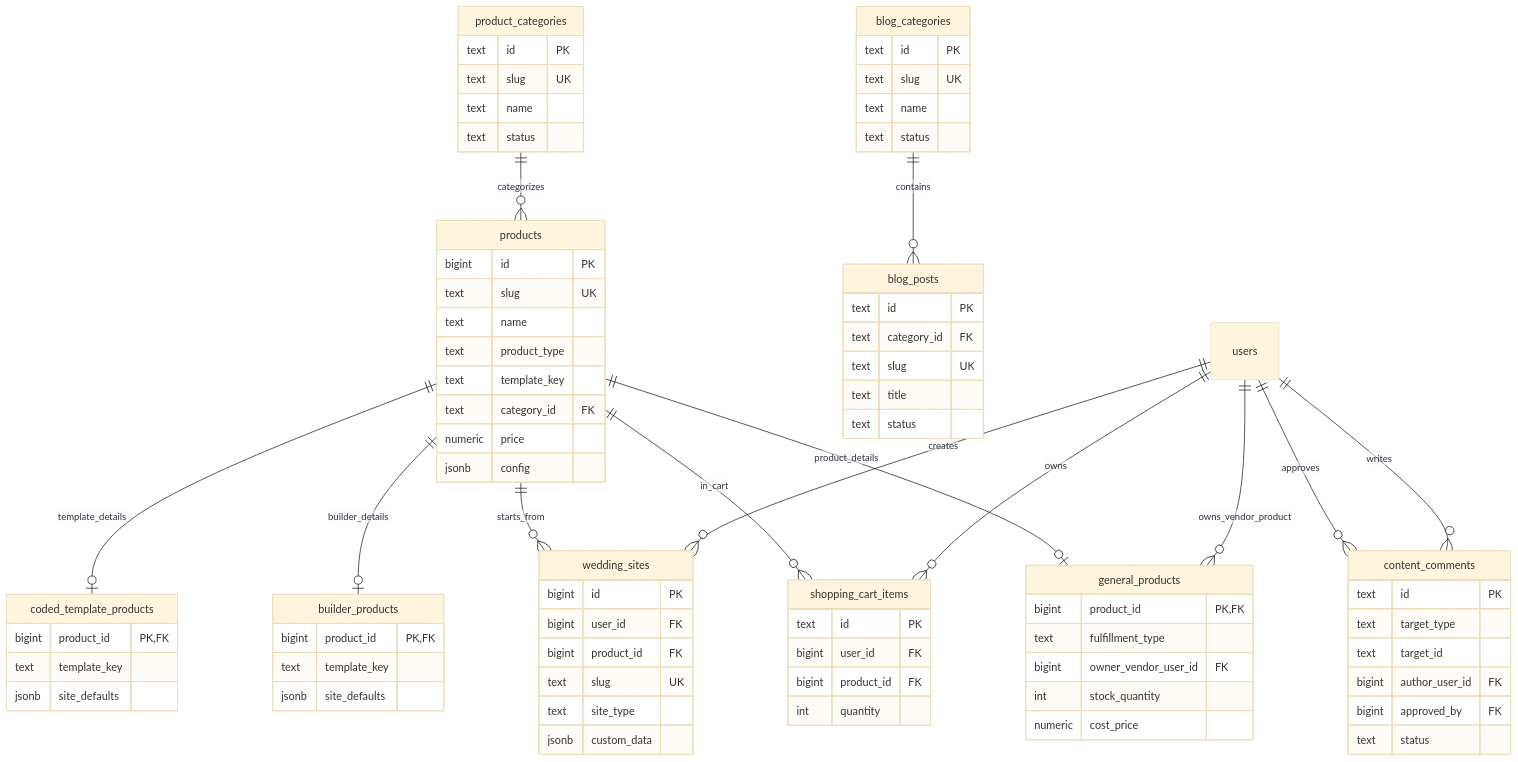
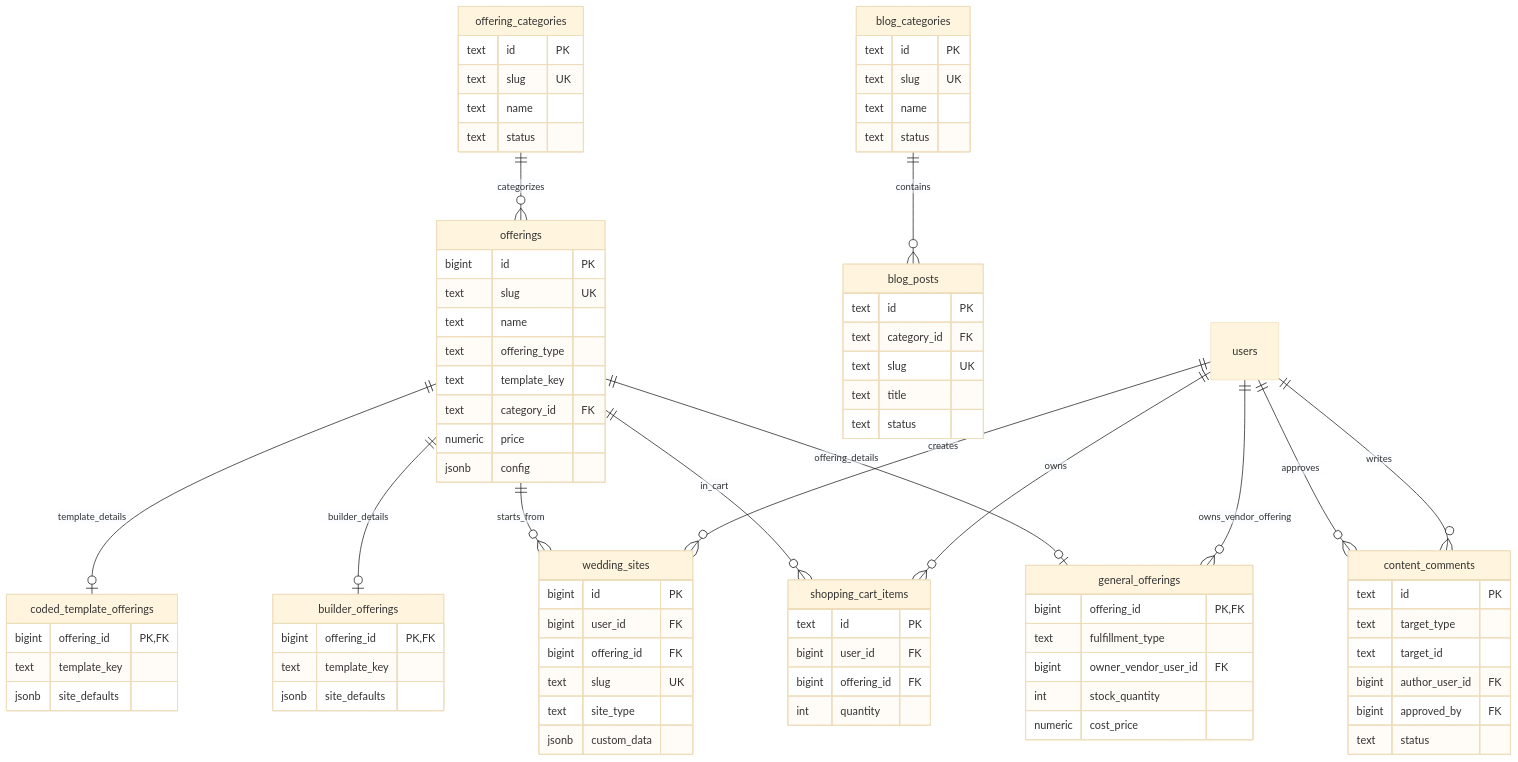
The sixth of 8 diagrams in docs/schema.md (hoangpham2263/pinklove), drawn with Mermaid (base theme) before and after one commit. The commit also changed other lines of this file and 221 other files, not shown here.

First line of the commit message:
Refactor product terminology to offerings and update related documentation

````diff
--- a/docs/schema.md
+++ b/docs/schema.md
@@ -171,37 +456,37 @@
 ```mermaid
 erDiagram
-  product_categories {
+  offering_categories {
     text id PK
     text slug UK
     text name
     text status
   }
 
-  products {
+  offerings {
     bigint id PK
     text slug UK
     text name
-    text product_type
+    text offering_type
     text template_key
     text category_id FK
     numeric price
     jsonb config
   }
 
-  coded_template_products {
-    bigint product_id PK, FK
+  coded_template_offerings {
+    bigint offering_id PK, FK
     text template_key
     jsonb site_defaults
   }
 
-  builder_products {
-    bigint product_id PK, FK
+  builder_offerings {
+    bigint offering_id PK, FK
     text template_key
     jsonb site_defaults
   }
 
-  general_products {
-    bigint product_id PK, FK
+  general_offerings {
+    bigint offering_id PK, FK
     text fulfillment_type
     bigint owner_vendor_user_id FK
     int stock_quantity
@@ -211,7 +496,7 @@
   wedding_sites {
     bigint id PK
     bigint user_id FK
-    bigint product_id FK
+    bigint offering_id FK
     text slug UK
     text site_type
     jsonb custom_data
@@ -220,7 +505,7 @@
   shopping_cart_items {
     text id PK
     bigint user_id FK
-    bigint product_id FK
+    bigint offering_id FK
     int quantity
   }
 
@@ -252,14 +537,14 @@
   users ||--o{ shopping_cart_items : owns
   users ||--o{ content_comments : writes
   users ||--o{ content_comments : approves
-  users ||--o{ general_products : owns_vendor_product
+  users ||--o{ general_offerings : owns_vendor_offering
 
-  product_categories ||--o{ products : categorizes
-  products ||--o| coded_template_products : template_details
-  products ||--o| builder_products : builder_details
-  products ||--o| general_products : product_details
-  products ||--o{ wedding_sites : starts_from
-  products ||--o{ shopping_cart_items : in_cart
+  offering_categories ||--o{ offerings : categorizes
+  offerings ||--o| coded_template_offerings : template_details
+  offerings ||--o| builder_offerings : builder_details
+  offerings ||--o| general_offerings : offering_details
+  offerings ||--o{ wedding_sites : starts_from
+  offerings ||--o{ shopping_cart_items : in_cart
 
   blog_categories ||--o{ blog_posts : contains
 ```
````
